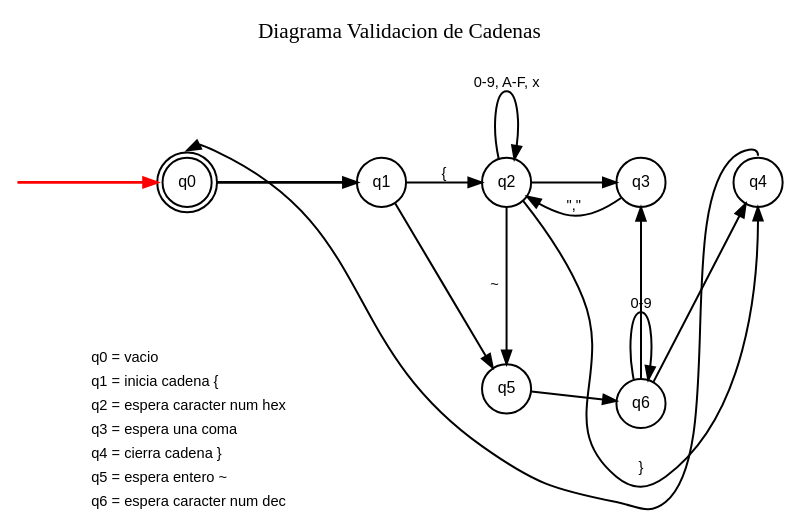
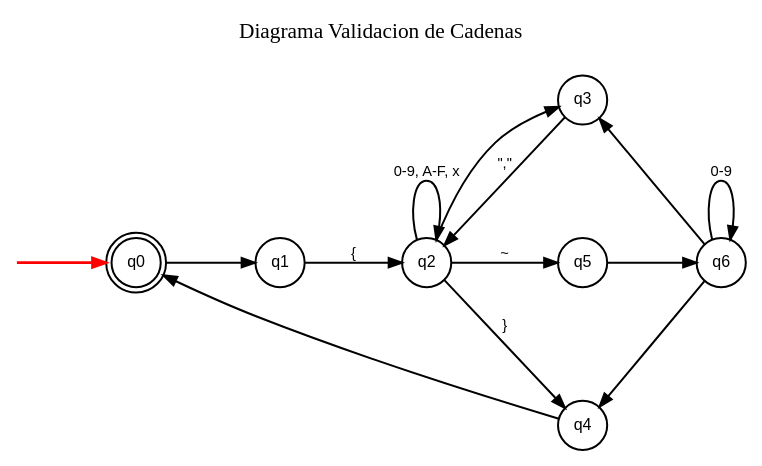
Before and after one commit to Rpinto30/KVX-08-LAN: the diagram in Diagramas/strings.dot, drawn with Graphviz. The commit also changed 5 other files, not shown here.

Commit message:
Arreglo de errores en diagramas

```diff
--- a/Diagramas/strings.dot
+++ b/Diagramas/strings.dot
@@ -1,62 +1,42 @@
 digraph Grafico2 {
     rankdir=LR;
-    nodesep=0.7; 
-    ranksep=0.7; 
+    nodesep=0.6;
+    ranksep=0.9;
+    splines=true;
+    concentrate=false;
 
     labelloc="t";
     label="Diagrama Validacion de Cadenas\n\n";
     fontsize=16;
     fontname="Arial Bold";
 
-    node [fontname="Arial", fontsize=12, penwidth=1.5];
-    edge [fontname="Arial", fontsize=11, penwidth=1.5];
+    node [fontname="Arial", fontsize=12, penwidth=1.5, shape=circle];
+    edge [fontname="Arial", fontsize=11, penwidth=1.5, color="black"];
 
     inicio [shape=none, label="", width=0, height=0];
     q0 [shape=doublecircle, label="q0"];
-    q1 [shape=circle, label="q1"];
-    q2 [shape=circle, label="q2"];
-    q3 [shape=circle, label="q3"];
-    q4 [shape=circle, label="q4"];
-    q5 [shape=circle, label="q5"];
-    q6 [shape=circle, label="q6"];
+    q1 [label="q1"];
+    q2 [label="q2"];
+    q3 [label="q3"];
+    q4 [label="q4"];
+    q5 [label="q5"];
+    q6 [label="q6"];
 
-    leyenda [shape=none, margin=0, label=<
-        <table border="0" cellborder="0" cellspacing="2" align="left">
-            <tr><td align="left">q0 = vacio</td></tr>
-            <tr><td align="left">q1 = inicia cadena {</td></tr>
-            <tr><td align="left">q2 = espera caracter num hex</td></tr>
-            <tr><td align="left">q3 = espera una coma</td></tr>
-            <tr><td align="left">q4 = cierra cadena }</td></tr>
-            <tr><td align="left">q5 = espera entero ~</td></tr>
-            <tr><td align="left">q6 = espera caracter num dec</td></tr>
-        </table>
-    >, fontsize=11];
+    { rank=same; q3; q5; q4; }
+    q3 -> q5 [style=invis];
+    q5 -> q4 [style=invis];
 
-    { rank=same; q0; leyenda; }
-    { rank=same; q1; }
-    { rank=same; q5; }
-    { rank=same; q2; }
-    { rank=same; q3; q6; }
-    { rank=same; q4; }
-
-    q0 -> leyenda [style=invis, weight=10];
-    inicio -> q0 [color="red", penwidth=2];
-
-    q0 -> q1 [color="black", penwidth=2, weight=10];
-    q1 -> q2 [label=" {", color="black", weight=10];
-    q2 -> q3 [color="black", weight=10];
-    q3 -> q4 [style=invis, weight=10]; 
-
-    q1 -> q5 [color="black"];
-    q5 -> q6 [color="black"];
-    q2 -> q5 [label=" ~", color="black", constraint=false];
-
-    q3 -> q6 [dir=back, color="black", weight=5];
-    q3 -> q2 [label=" \",\"", color="black", constraint=false];
-
-    q2 -> q2 [label="0-9, A-F, x", color="black", fontcolor="black"];
-    q6 -> q6 [label="0-9", color="black", fontcolor="black"];
-    q2 -> q4 [label=" }", color="black", constraint=false];
-    q6 -> q4 [color="black", constraint=false];
-    q4:n -> q0:n [color="black", penwidth=1.5, constraint=false];
+    inicio -> q0 [penwidth=2, color="red"];
+    q0 -> q1 [weight=100];
+    q1 -> q2 [label=" {", weight=100];
+    q2 -> q2 [label="0-9, A-F, x"];
+    q2 -> q3;
+    q3 -> q2 [label=" \",\""];
+    q2 -> q5 [label=" ~", weight=100];
+    q5 -> q6 [weight=100];
+    q6 -> q6 [label="0-9"];
+    q6 -> q3;
+    q2 -> q4 [label=" }"];
+    q6 -> q4;
+    q4 -> q0;
 }
```
